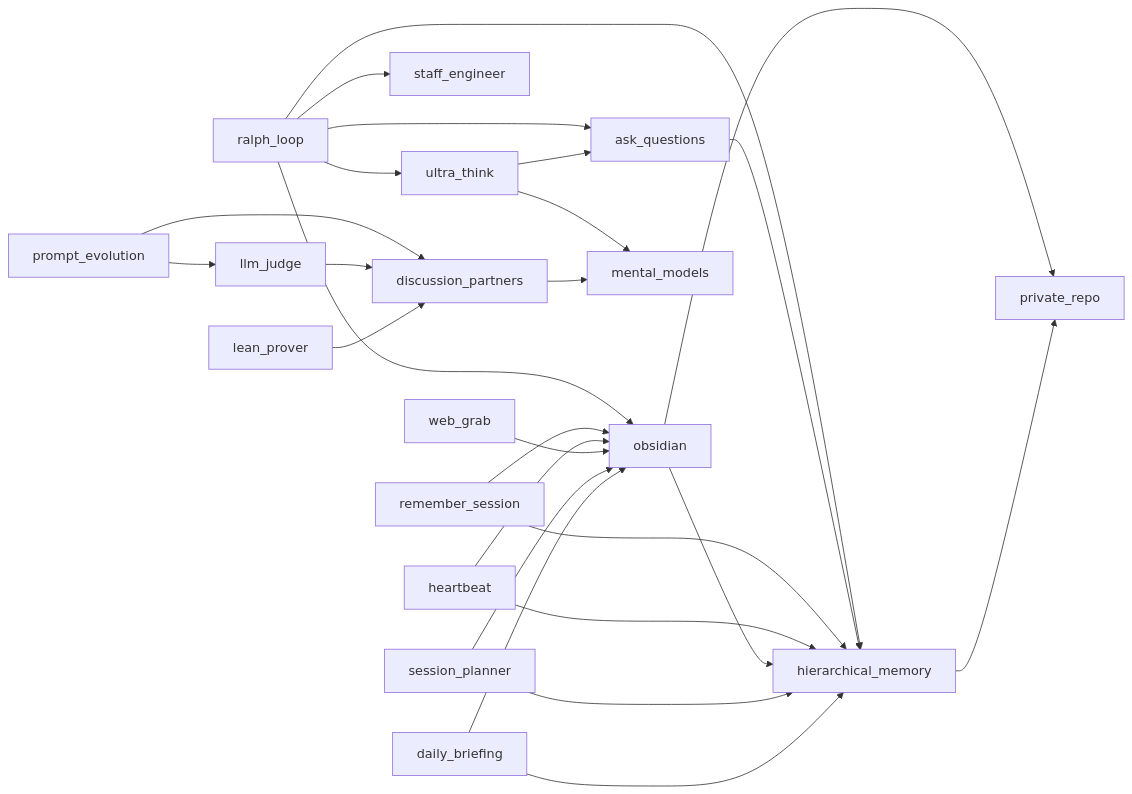
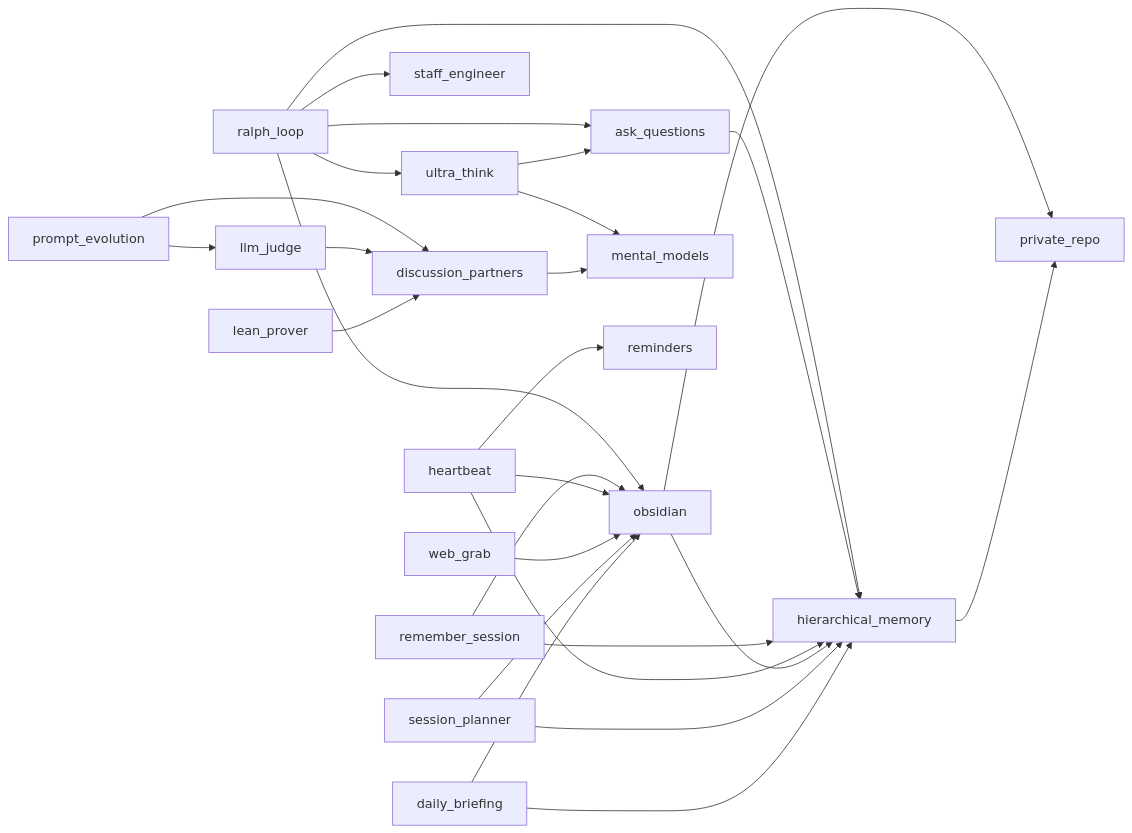
The diagram in README.md (zachmayer/skills), drawn with Mermaid before and after one commit. The commit also changed other lines of this file and 3 other files, not shown here.

First line of the commit message:
Add reminders skill: time-aware reminder system for heartbeat

````diff
--- a/README.md
+++ b/README.md
@@ -94,28 +95,29 @@
 ```mermaid
 graph LR
     ralph_loop --> ultra_think
     ralph_loop --> staff_engineer
     ralph_loop --> ask_questions
     ralph_loop --> hierarchical_memory
     ralph_loop --> obsidian
     ultra_think --> mental_models
     ultra_think --> ask_questions
     ask_questions --> hierarchical_memory
     prompt_evolution --> discussion_partners
     prompt_evolution --> llm_judge
     llm_judge --> discussion_partners
     discussion_partners --> mental_models
     remember_session --> hierarchical_memory
     remember_session --> obsidian
     heartbeat --> hierarchical_memory
     heartbeat --> obsidian
+    heartbeat --> reminders
     obsidian --> hierarchical_memory
     obsidian --> private_repo
     hierarchical_memory --> private_repo
     web_grab --> obsidian
     lean_prover --> discussion_partners
     session_planner --> hierarchical_memory
     session_planner --> obsidian
     daily_briefing --> hierarchical_memory
     daily_briefing --> obsidian
 ```
````
